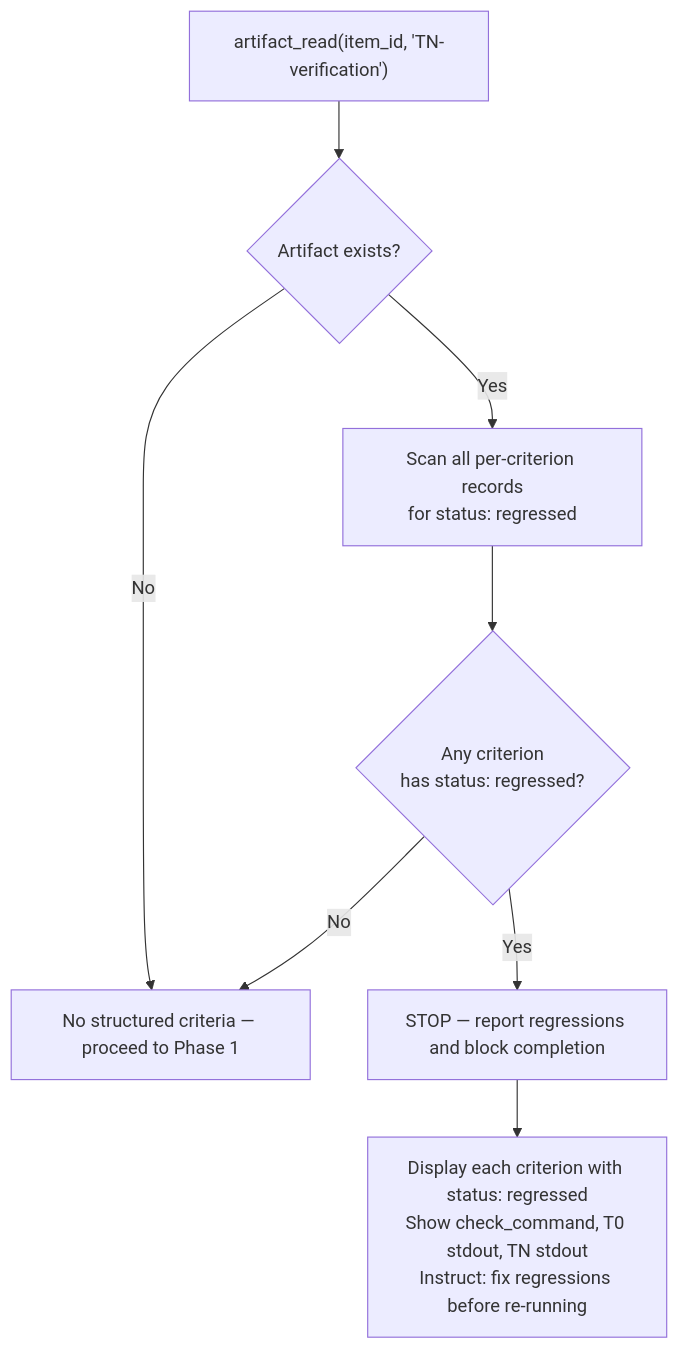
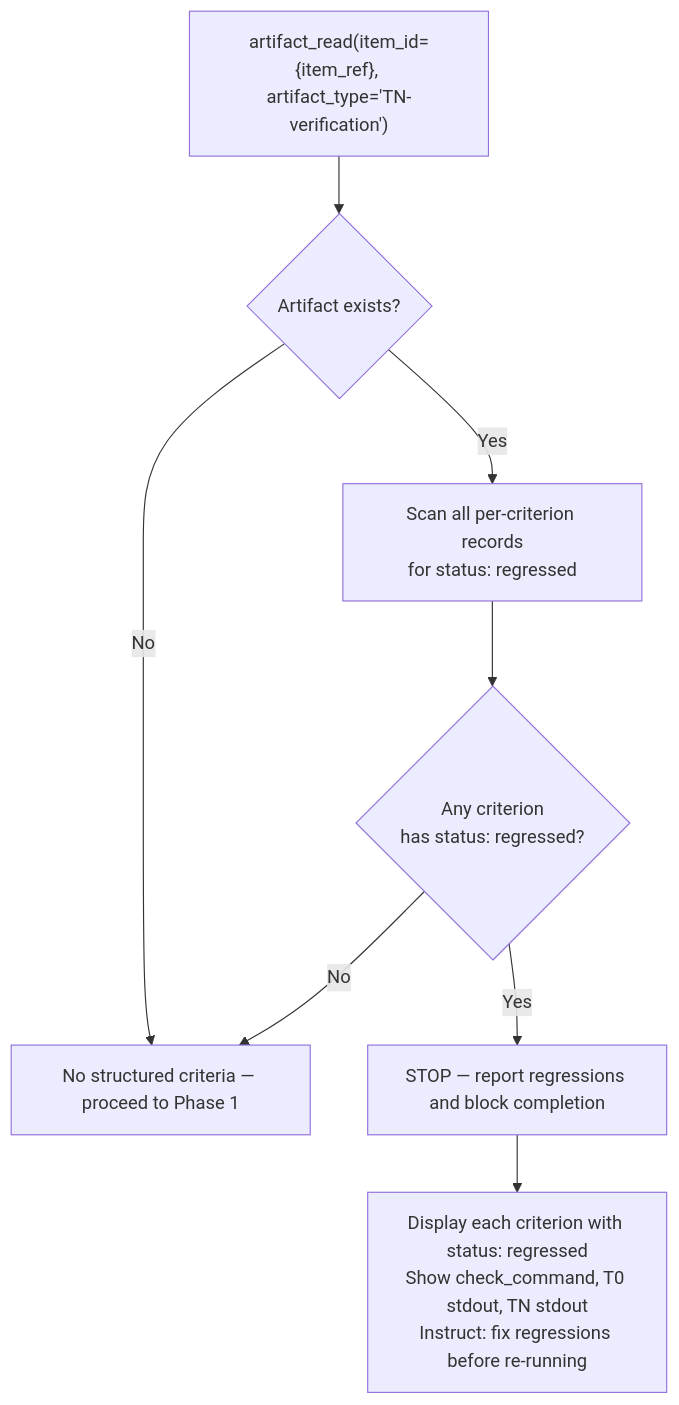
Before and after one commit to Jamie-BitFlight/claude_skills: the fifth of 8 diagrams in plugins/development-harness/skills/complete-implementation/SKILL.md, drawn with Mermaid. The commit also changed other lines of this file and 41 other files, not shown here.

````diff
--- a/plugins/development-harness/skills/complete-implementation/SKILL.md
+++ b/plugins/development-harness/skills/complete-implementation/SKILL.md
@@ -309,10 +316,10 @@
 ```mermaid
 flowchart TD
-    Read["artifact_read(item_id, 'TN-verification')"] --> Exists{Artifact exists?}
+    Read["artifact_read(item_id={item_ref}, artifact_type='TN-verification')"] --> Exists{Artifact exists?}
     Exists -->|No| Proceed["No structured criteria — proceed to Phase 1"]
     Exists -->|Yes| Scan["Scan all per-criterion records<br>for status: regressed"]
     Scan --> AnyRegressed{Any criterion<br>has status: regressed?}
     AnyRegressed -->|No| Proceed
     AnyRegressed -->|Yes| Stop["STOP — report regressions and block completion"]
     Stop --> Report["Display each criterion with status: regressed<br>Show check_command, T0 stdout, TN stdout<br>Instruct: fix regressions before re-running"]
 ```
````
